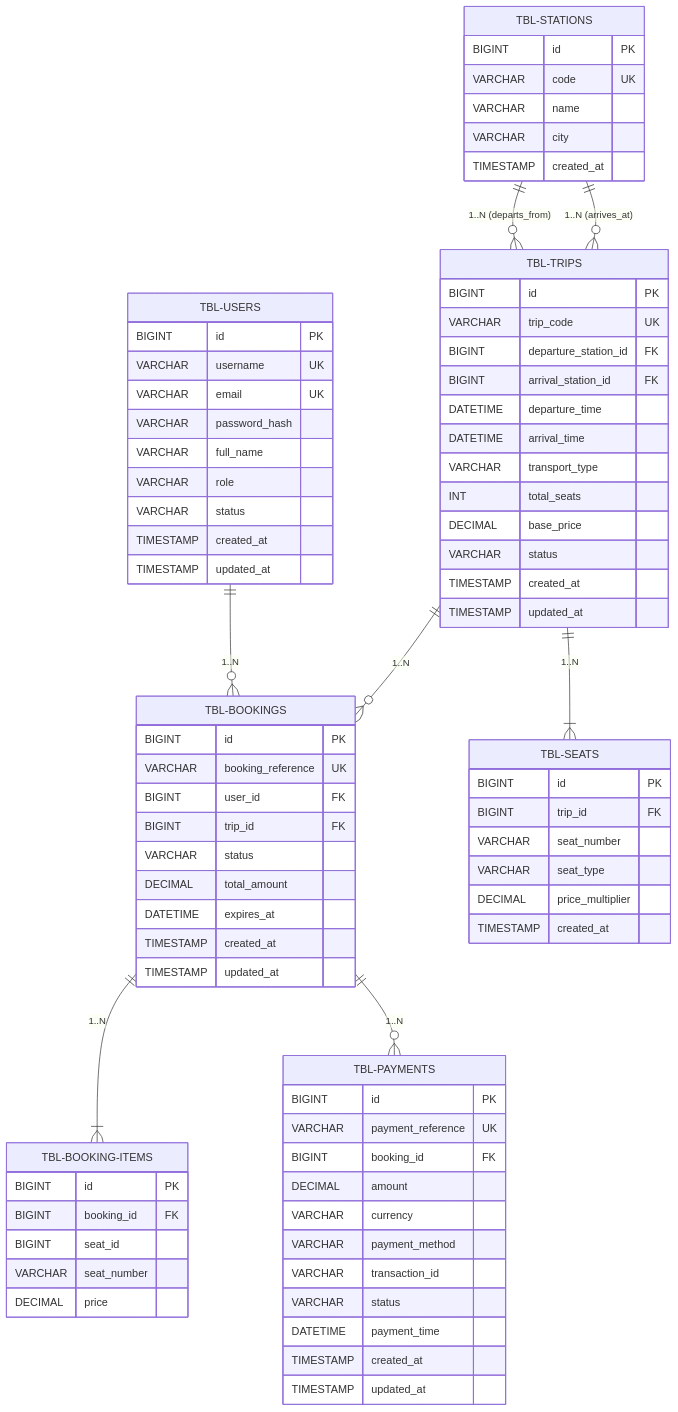
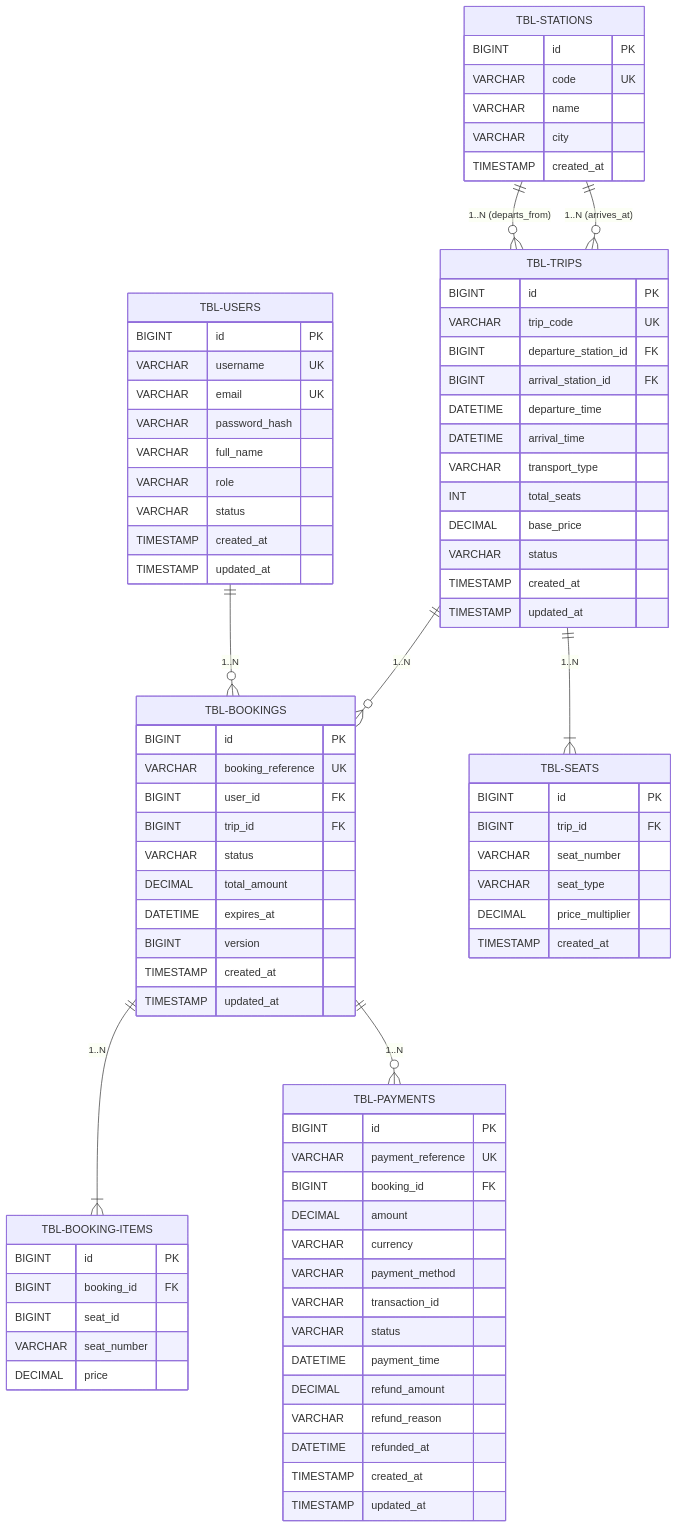
Before and after one commit to ahryxx0602/ticket-booking: the diagram in docs/03-database-design/01.schema-and-erd.md, drawn with Mermaid. The commit also changed other lines of this file and 55 other files, not shown here.

```diff
--- a/docs/03-database-design/01.schema-and-erd.md
+++ b/docs/03-database-design/01.schema-and-erd.md
@@ -64,6 +64,7 @@
         VARCHAR status
         DECIMAL total_amount
         DATETIME expires_at
+        BIGINT version
         TIMESTAMP created_at
         TIMESTAMP updated_at
     }
@@ -86,6 +87,9 @@
         VARCHAR transaction_id
         VARCHAR status
         DATETIME payment_time
+        DECIMAL refund_amount
+        VARCHAR refund_reason
+        DATETIME refunded_at
         TIMESTAMP created_at
         TIMESTAMP updated_at
     }
```
